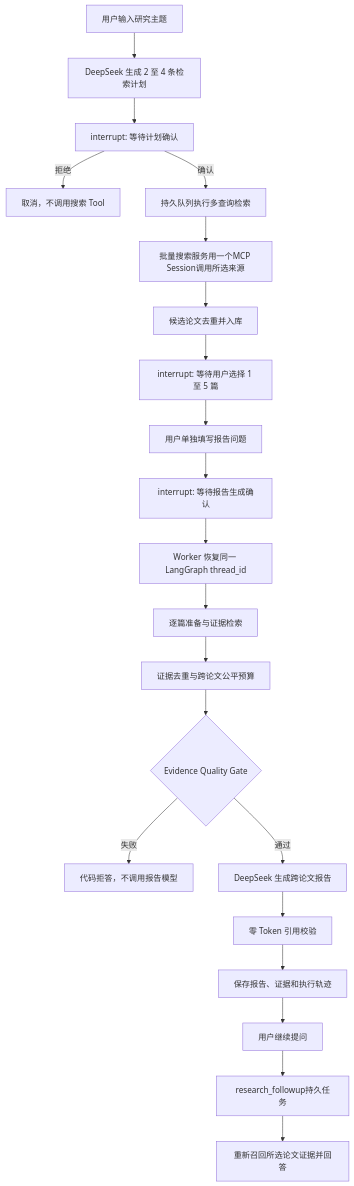
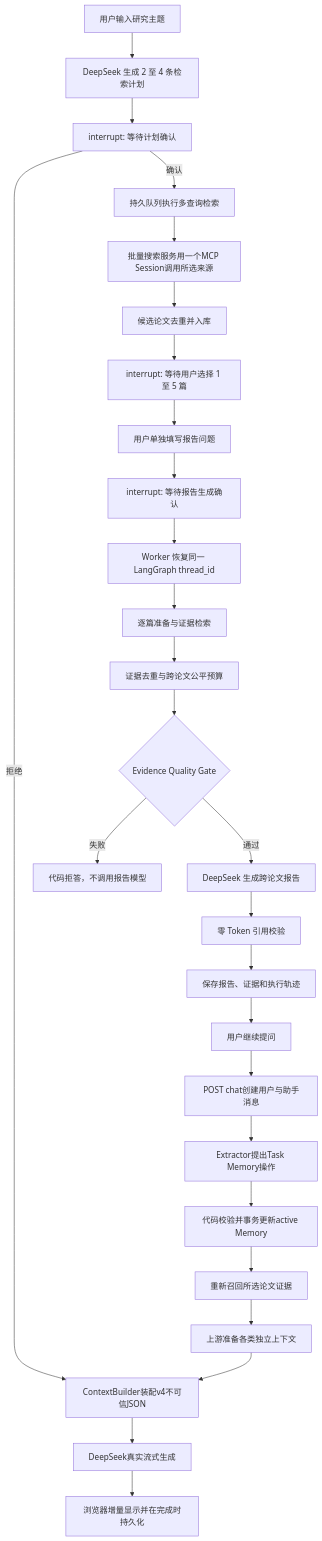
One commit to a18743530603/Paper-search changed the fourth of 5 diagrams in PROJECT_OVERVIEW.md. Above: the diagram before and after it, drawn with Mermaid. The commit also changed other lines of this file and 25 other files, not shown here.

Commit message:
Release v0.17.1 context memory and citation normalization

````diff
--- a/PROJECT_OVERVIEW.md
+++ b/PROJECT_OVERVIEW.md
@@ -125,23 +128,29 @@
 ```mermaid
 flowchart TD
     A[用户输入研究主题] --> B[DeepSeek 生成 2 至 4 条检索计划]
     B --> C[interrupt: 等待计划确认]
     C -->|拒绝| X[取消，不调用搜索 Tool]
     C -->|确认| D[持久队列执行多查询检索]
     D --> E[批量搜索服务用一个MCP Session调用所选来源]
     E --> F[候选论文去重并入库]
     F --> G[interrupt: 等待用户选择 1 至 5 篇]
     G --> H[用户单独填写报告问题]
     H --> I[interrupt: 等待报告生成确认]
     I --> J[Worker 恢复同一 LangGraph thread_id]
     J --> K[逐篇准备与证据检索]
     K --> L[证据去重与跨论文公平预算]
     L --> M{Evidence Quality Gate}
     M -->|失败| N[代码拒答，不调用报告模型]
     M -->|通过| O[DeepSeek 生成跨论文报告]
     O --> P[零 Token 引用校验]
     P --> Q[保存报告、证据和执行轨迹]
     Q --> R[用户继续提问]
-    R --> S[research_followup持久任务]
-    S --> T[重新召回所选论文证据并回答]
+    R --> S[POST chat创建用户与助手消息]
+    S --> T[Extractor提出Task Memory操作]
+    T --> U[代码校验并事务更新active Memory]
+    U --> V[重新召回所选论文证据]
+    V --> W[上游准备各类独立上下文]
+    W --> X[ContextBuilder装配v4不可信JSON]
+    X --> Y[DeepSeek真实流式生成]
+    Y --> Z[浏览器增量显示并在完成时持久化]
 ```
````
